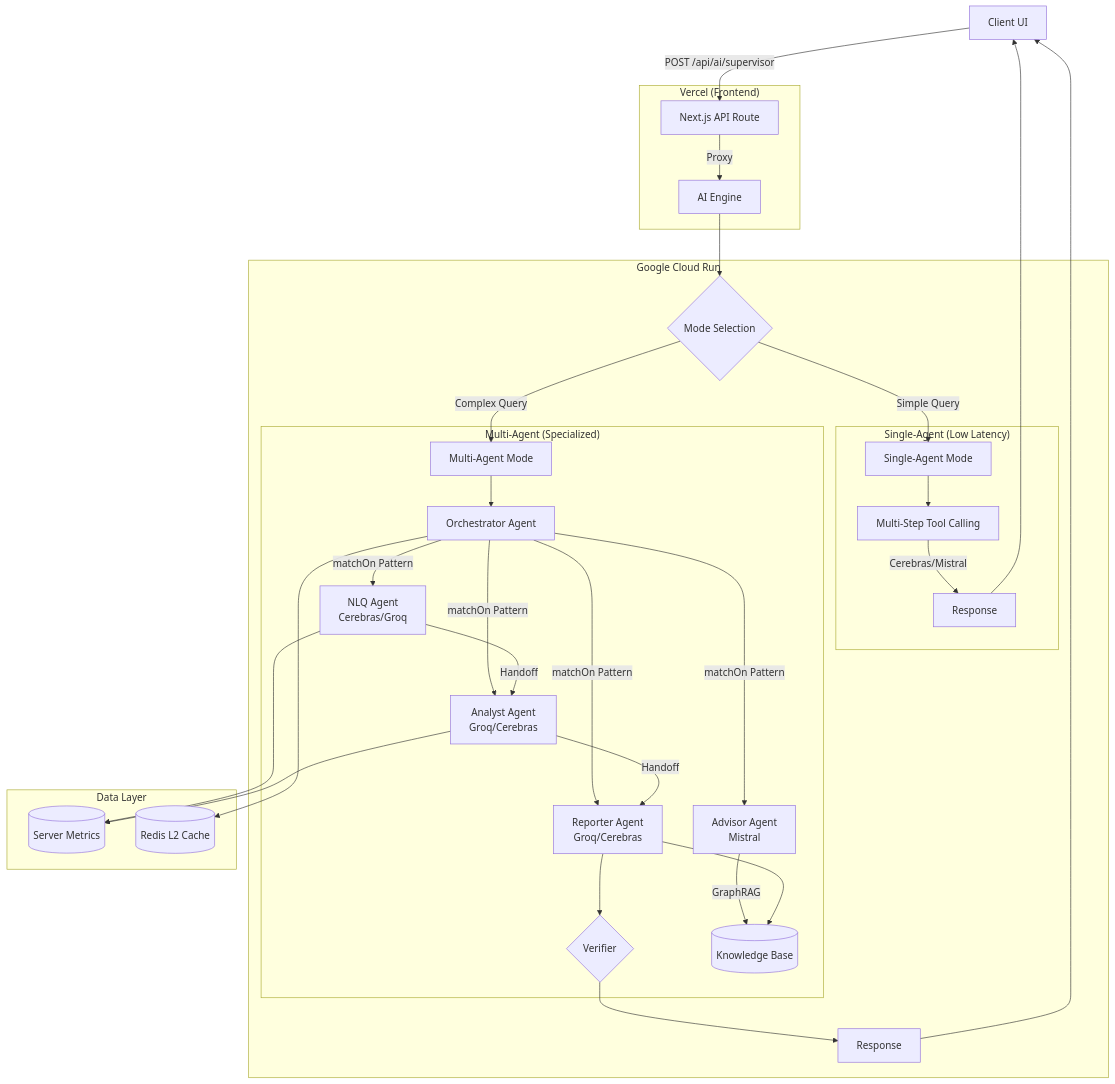
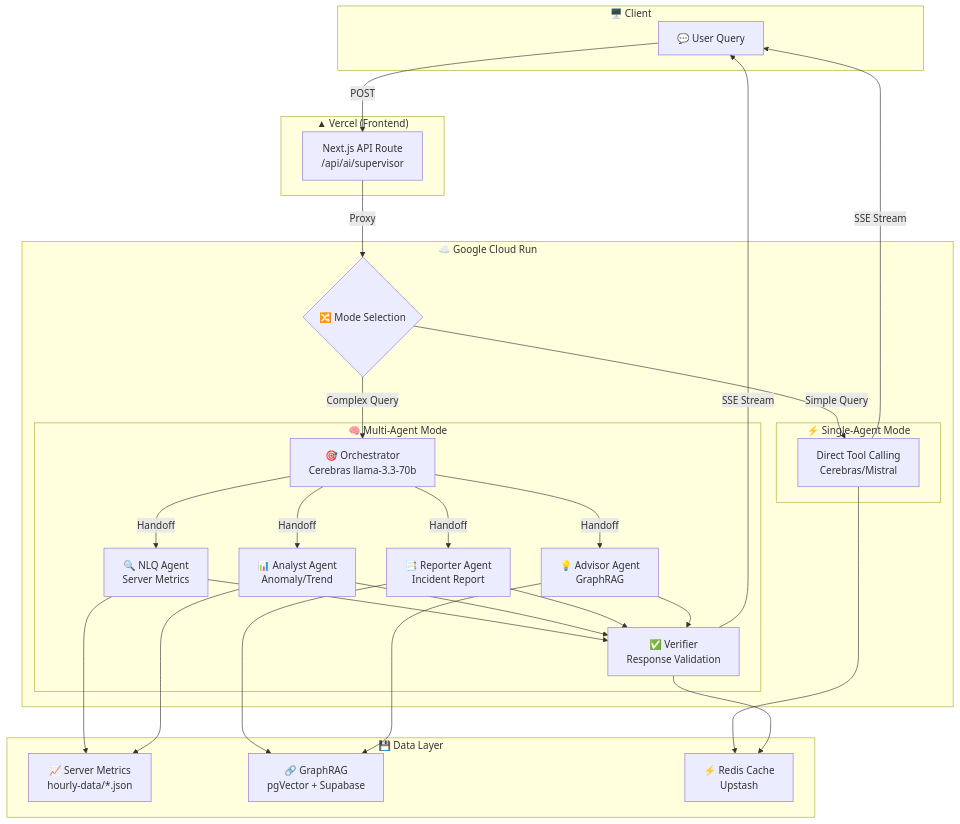
Before and after one commit to skyasu2/openmanager-vibe-v5: the diagram in docs/reference/architecture/ai/ai-engine-architecture.md, drawn with Mermaid. The commit also changed other lines of this file and 3 other files, not shown here.

First line of the commit message:
docs(architecture): update diagrams to v5.88.x with Mermaid/ASCII sync

````diff
--- a/docs/reference/architecture/ai/ai-engine-architecture.md
+++ b/docs/reference/architecture/ai/ai-engine-architecture.md
@@ -177,45 +175,59 @@
 ```mermaid
 graph TD
-    Client[Client UI] -->|POST /api/ai/supervisor| API[Next.js API Route]
-
-    subgraph "Vercel (Frontend)"
-        API -->|Proxy| CloudRun
+    subgraph Client["🖥️ Client"]
+        User["💬 User Query"]
     end
 
-    subgraph "Google Cloud Run"
-        CloudRun[AI Engine] --> ModeSelect{Mode Selection}
-
-        ModeSelect -->|Simple Query| SingleAgent[Single-Agent Mode]
-        ModeSelect -->|Complex Query| MultiAgent[Multi-Agent Mode]
-
-        subgraph "Single-Agent (Low Latency)"
-            SingleAgent --> Tools[Multi-Step Tool Calling]
-            Tools -->|Cerebras/Mistral| Response1[Response]
-        end
-
-        subgraph "Multi-Agent (Specialized)"
-            MultiAgent --> Orchestrator[Orchestrator Agent]
-            Orchestrator -->|matchOn Pattern| NLQ[NLQ Agent<br/>Cerebras/Groq]
-            Orchestrator -->|matchOn Pattern| Analyst[Analyst Agent<br/>Groq/Cerebras]
-            Orchestrator -->|matchOn Pattern| Reporter[Reporter Agent<br/>Groq/Cerebras]
-            Orchestrator -->|matchOn Pattern| Advisor[Advisor Agent<br/>Mistral]
-
-            NLQ -->|Handoff| Analyst
-            Analyst -->|Handoff| Reporter
-            Reporter --> Verifier{Verifier}
-            Advisor -->|GraphRAG| RAG[(Knowledge Base)]
-        end
-
-        Verifier --> Response2[Response]
+    subgraph Vercel["▲ Vercel (Frontend)"]
+        API["Next.js API Route<br/>/api/ai/supervisor"]
     end
 
-    subgraph "Data Layer"
-        NLQ --> Metrics[(Server Metrics)]
-        Analyst --> Metrics
-        Reporter --> RAG
-        Orchestrator --> Cache[(Redis L2 Cache)]
+    subgraph CloudRun["☁️ Google Cloud Run"]
+        ModeSelect{"🔀 Mode Selection"}
+        
+        subgraph SingleMode["⚡ Single-Agent Mode"]
+            SingleAgent["Direct Tool Calling<br/>Cerebras/Mistral"]
+        end
+        
+        subgraph MultiMode["🧠 Multi-Agent Mode"]
+            Orchestrator["🎯 Orchestrator<br/>Cerebras llama-3.3-70b"]
+            NLQ["🔍 NLQ Agent<br/>Server Metrics"]
+            Analyst["📊 Analyst Agent<br/>Anomaly/Trend"]
+            Reporter["📑 Reporter Agent<br/>Incident Report"]
+            Advisor["💡 Advisor Agent<br/>GraphRAG"]
+            Verifier["✅ Verifier<br/>Response Validation"]
+        end
     end
 
-    Response1 --> Client
-    Response2 --> Client
+    subgraph DataLayer["💾 Data Layer"]
+        Metrics["📈 Server Metrics<br/>hourly-data/*.json"]
+        RAG["🔗 GraphRAG<br/>pgVector + Supabase"]
+        Cache["⚡ Redis Cache<br/>Upstash"]
+    end
+
+    User -->|POST| API
+    API -->|Proxy| ModeSelect
+    ModeSelect -->|Simple Query| SingleAgent
+    ModeSelect -->|Complex Query| Orchestrator
+    
+    Orchestrator -->|Handoff| NLQ
+    Orchestrator -->|Handoff| Analyst
+    Orchestrator -->|Handoff| Reporter
+    Orchestrator -->|Handoff| Advisor
+    
+    NLQ --> Metrics
+    Analyst --> Metrics
+    Reporter --> RAG
+    Advisor --> RAG
+    
+    NLQ --> Verifier
+    Analyst --> Verifier
+    Reporter --> Verifier
+    Advisor --> Verifier
+    
+    SingleAgent --> Cache
+    Verifier --> Cache
+    
+    SingleAgent -->|SSE Stream| User
+    Verifier -->|SSE Stream| User
 ```
````
